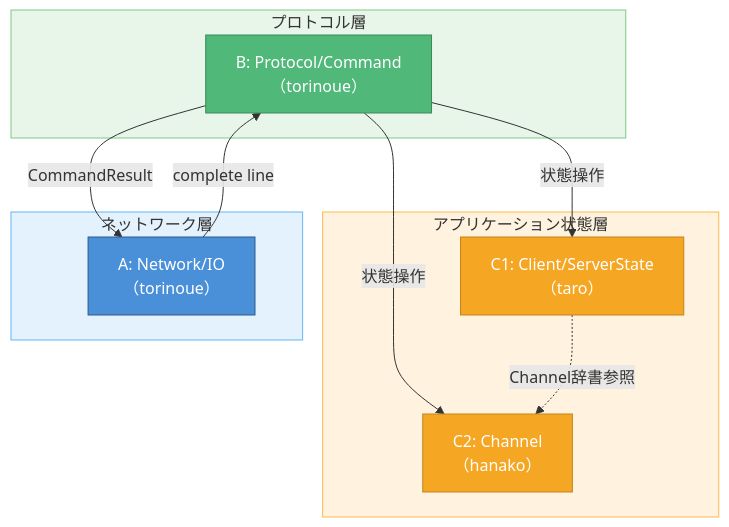
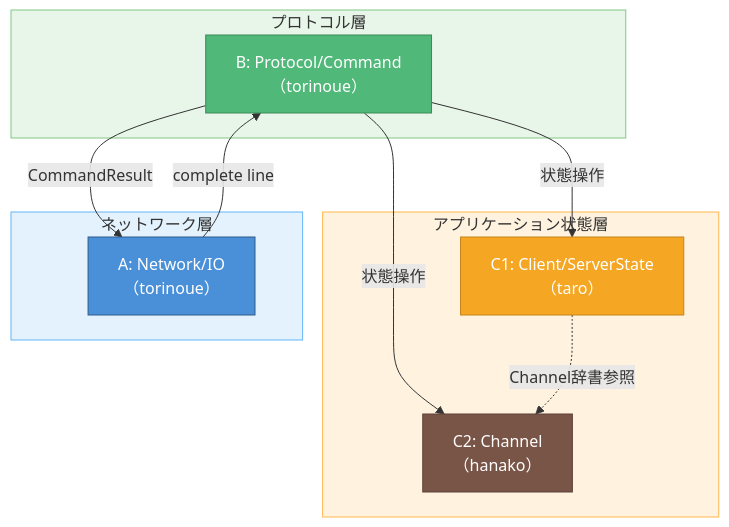
The first of 2 diagrams in dev_docs/diagrams/dependency_diagram.md (tototec1234/IRC), drawn with Mermaid before and after one commit. The commit also changed other lines of this file and 26 other files, not shown here.

````diff
--- a/dev_docs/diagrams/dependency_diagram.md
+++ b/dev_docs/diagrams/dependency_diagram.md
@@ -10,29 +10,29 @@
 ```mermaid
 flowchart TB
     subgraph APP["アプリケーション状態層"]
         C1["C1: Client/ServerState<br/>（taro）"]
         C2["C2: Channel<br/>（hanako）"]
     end
     
     subgraph PROTO["プロトコル層"]
         B["B: Protocol/Command<br/>（torinoue）"]
     end
     
     subgraph NET["ネットワーク層"]
         A["A: Network/IO<br/>（torinoue）"]
     end
 
     A -->|"complete line"| B
     B -->|"状態操作"| C1
     B -->|"状態操作"| C2
     C1 -.->|"Channel辞書参照"| C2
     B -->|"CommandResult"| A
 
     style A fill:#4A90D9,stroke:#2E5A8B,color:#fff
     style B fill:#50B878,stroke:#3A8A5A,color:#fff
     style C1 fill:#F5A623,stroke:#C4841C,color:#fff
-    style C2 fill:#F5A623,stroke:#C4841C,color:#fff
+    style C2 fill:#795548,stroke:#5D4037,color:#fff
     style APP fill:#FFF3E0,stroke:#FFB74D
     style PROTO fill:#E8F5E9,stroke:#81C784
     style NET fill:#E3F2FD,stroke:#64B5F6
 ```
````
